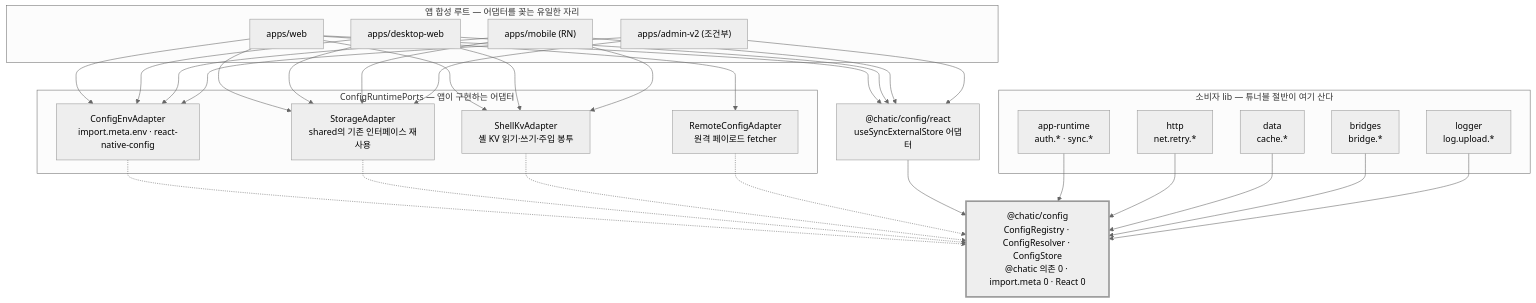
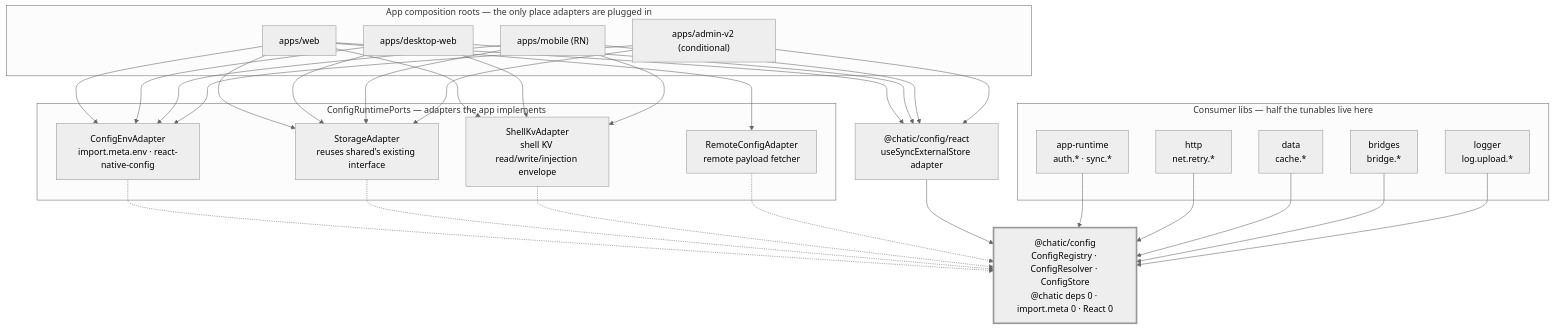
Before and after one commit to lemoncloud-io/dou-app: the first of 4 diagrams in docs/adr/0079-config-registry-and-lane-resolver.md, drawn with Mermaid (neutral theme). The commit also changed other lines of this file and 62 other files, not shown here.

````diff
--- a/docs/adr/0079-config-registry-and-lane-resolver.md
+++ b/docs/adr/0079-config-registry-and-lane-resolver.md
@@ -746,40 +836,40 @@
 ```mermaid
 graph TD
-    subgraph roots["앱 합성 루트 — 어댑터를 꽂는 유일한 자리"]
+    subgraph roots["App composition roots — the only place adapters are plugged in"]
         WEB["apps/web"]
         DWEB["apps/desktop-web"]
         MOB["apps/mobile (RN)"]
-        ADM["apps/admin-v2 (조건부)"]
+        ADM["apps/admin-v2 (conditional)"]
     end
 
-    subgraph ports["ConfigRuntimePorts — 앱이 구현하는 어댑터"]
+    subgraph ports["ConfigRuntimePorts — adapters the app implements"]
         ENV["ConfigEnvAdapter<br/>import.meta.env · react-native-config"]
-        STO["StorageAdapter<br/>shared의 기존 인터페이스 재사용"]
-        SHL["ShellKvAdapter<br/>셸 KV 읽기·쓰기·주입 봉투"]
-        REM["RemoteConfigAdapter<br/>원격 페이로드 fetcher"]
+        STO["StorageAdapter<br/>reuses shared's existing interface"]
+        SHL["ShellKvAdapter<br/>shell KV read/write/injection envelope"]
+        REM["RemoteConfigAdapter<br/>remote payload fetcher"]
     end
 
-    CFG["@chatic/config<br/>ConfigRegistry · ConfigResolver · ConfigStore<br/>@chatic 의존 0 · import.meta 0 · React 0"]
-    RCT["@chatic/config/react<br/>useSyncExternalStore 어댑터"]
+    CFG["@chatic/config<br/>ConfigRegistry · ConfigResolver · ConfigStore<br/>@chatic deps 0 · import.meta 0 · React 0"]
+    RCT["@chatic/config/react<br/>useSyncExternalStore adapter"]
 
-    subgraph consumers["소비자 lib — 튜너블 절반이 여기 산다"]
+    subgraph consumers["Consumer libs — half the tunables live here"]
         ART["app-runtime<br/>auth.* · sync.*"]
         HTP["http<br/>net.retry.*"]
         DAT["data<br/>cache.*"]
         BRG["bridges<br/>bridge.*"]
         LGR["logger<br/>log.upload.*"]
     end
 
     WEB --> ENV & STO & SHL & REM
     DWEB --> ENV & STO & SHL
     MOB --> ENV & STO & SHL
     ADM --> ENV & STO
 
     ENV & STO & SHL & REM -.-> CFG
 
     WEB & DWEB & MOB & ADM --> RCT
     RCT --> CFG
     ART & HTP & DAT & BRG & LGR --> CFG
 
     style CFG stroke-width:3px
 ```
````
